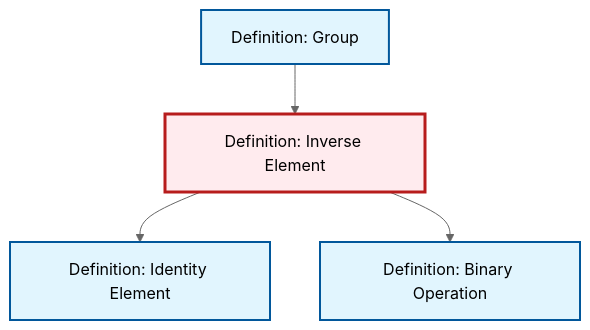
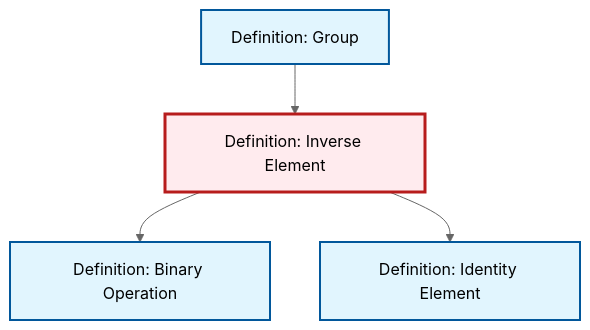
One commit to RK0429/ModernMath changed the diagram in content/en/algebra/def-inverse-element.qmd. Above: the diagram before and after it, drawn with Mermaid (neutral theme). The commit also changed other lines of this file and 597 other files, not shown here.

````diff
--- a/content/en/algebra/def-inverse-element.qmd
+++ b/content/en/algebra/def-inverse-element.qmd
@@ -83,20 +83,20 @@
 ```{mermaid}
 %%| fig-cap: "Local dependency graph"
 graph TD
     classDef definition fill:#e1f5fe,stroke:#01579b,stroke-width:2px
     classDef theorem fill:#f3e5f5,stroke:#4a148c,stroke-width:2px
     classDef axiom fill:#fff3e0,stroke:#e65100,stroke-width:2px
     classDef example fill:#e8f5e9,stroke:#1b5e20,stroke-width:2px
     classDef current fill:#ffebee,stroke:#b71c1c,stroke-width:3px
+    def-identity-element["Definition: Identity Element"]:::definition
+    def-binary-operation["Definition: Binary Operation"]:::definition
     def-group["Definition: Group"]:::definition
-    def-binary-operation["Definition: Binary Operation"]:::definition
     def-inverse-element["Definition: Inverse Element"]:::definition
-    def-identity-element["Definition: Identity Element"]:::definition
+    def-inverse-element --> def-binary-operation
     def-group --> def-inverse-element
     def-inverse-element --> def-identity-element
-    def-inverse-element --> def-binary-operation
     class def-inverse-element current
+    click def-identity-element "def-identity-element.html" "Go to Identity Element definition"
+    click def-binary-operation "def-binary-operation.html" "Go to Binary Operation definition"
     click def-group "def-group.html" "Go to Group definition"
-    click def-binary-operation "def-binary-operation.html" "Go to Binary Operation definition"
-    click def-identity-element "def-identity-element.html" "Go to Identity Element definition"
 ```
````
